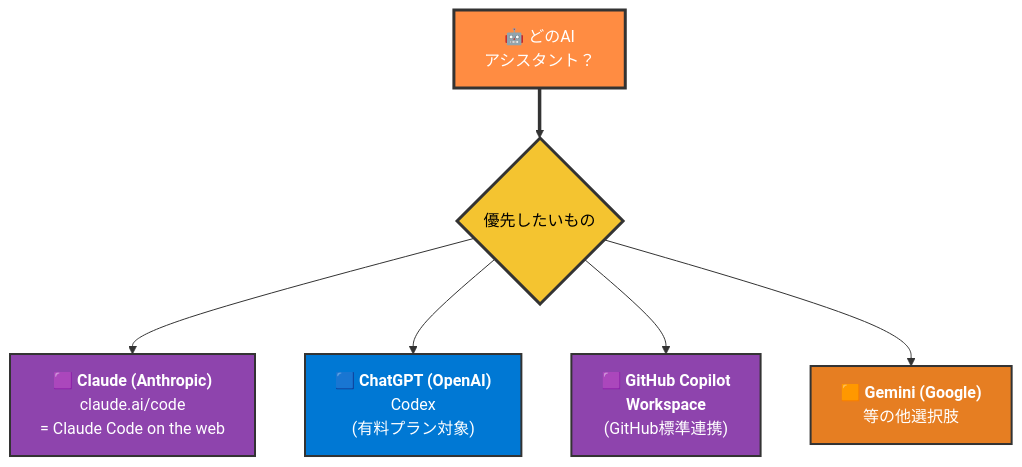
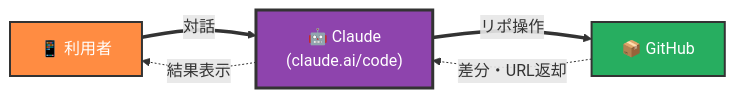
One commit to kasuyaofcb/tech_docs changed the fifth of 11 diagrams in 05_mobile-workflow/mobile-workflow.md. Above: the diagram before and after it, drawn with Mermaid. The commit also changed other lines of this file, not shown here.

First line of the commit message:
docs(mobile-workflow): Claude Code on the web 中心の記述に絞り込み

````diff
--- a/05_mobile-workflow/mobile-workflow.md
+++ b/05_mobile-workflow/mobile-workflow.md
@@ -116,16 +120,11 @@
 ```mermaid
-flowchart TB
-    Q["🤖 どのAI<br/>アシスタント？"] ==> Q1{"優先したいもの"}
+flowchart LR
+    USER["📱 利用者"] ==>|"対話"| CLAUDE["🤖 Claude<br/>(claude.ai/code)"]
+    CLAUDE ==>|"リポ操作"| GH["📦 GitHub"]
+    GH -.->|"差分・URL返却"| CLAUDE
+    CLAUDE -.->|"結果表示"| USER
 
-    Q1 --> C1["🟪 <b>Claude (Anthropic)</b><br/>claude.ai/code<br/>= Claude Code on the web"]
-    Q1 --> C2["🟦 <b>ChatGPT (OpenAI)</b><br/>Codex<br/>(有料プラン対象)"]
-    Q1 --> C3["🟪 <b>GitHub Copilot<br/>Workspace</b><br/>(GitHub標準連携)"]
-    Q1 --> C4["🟧 <b>Gemini (Google)</b><br/>等の他選択肢"]
-
-    style Q fill:#FF8C42,color:#FFFFFF,stroke:#333,stroke-width:3px
-    style Q1 fill:#F4C430,color:#000,stroke:#333,stroke-width:3px
-    style C1 fill:#8E44AD,color:#FFFFFF,stroke:#333,stroke-width:2px
-    style C2 fill:#0078D4,color:#FFFFFF,stroke:#333,stroke-width:2px
-    style C3 fill:#8E44AD,color:#FFFFFF,stroke:#333,stroke-width:2px
-    style C4 fill:#E67E22,color:#FFFFFF,stroke:#333,stroke-width:2px
+    style USER fill:#FF8C42,color:#FFFFFF,stroke:#333,stroke-width:2px
+    style CLAUDE fill:#8E44AD,color:#FFFFFF,stroke:#333,stroke-width:3px
+    style GH fill:#27AE60,color:#FFFFFF,stroke:#333,stroke-width:2px
 ```
````
